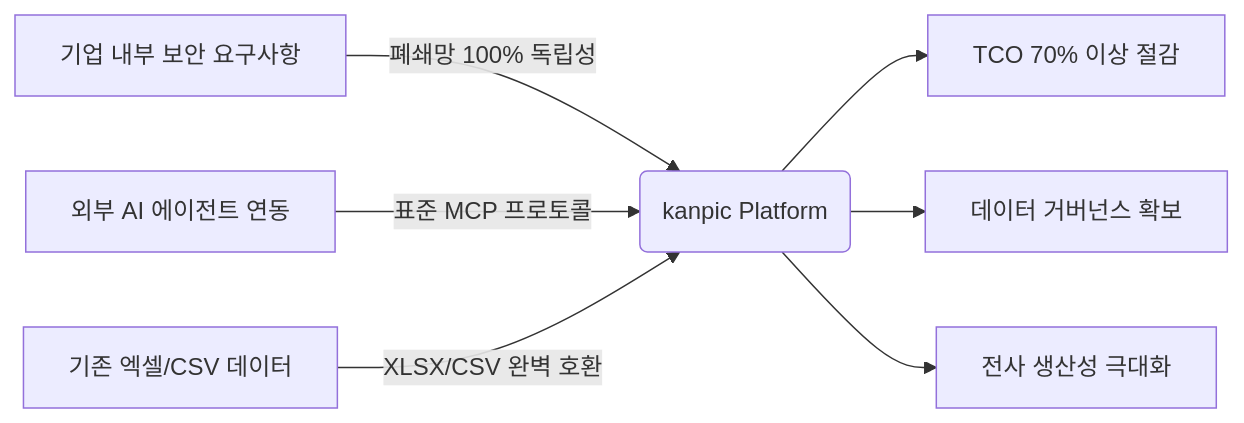
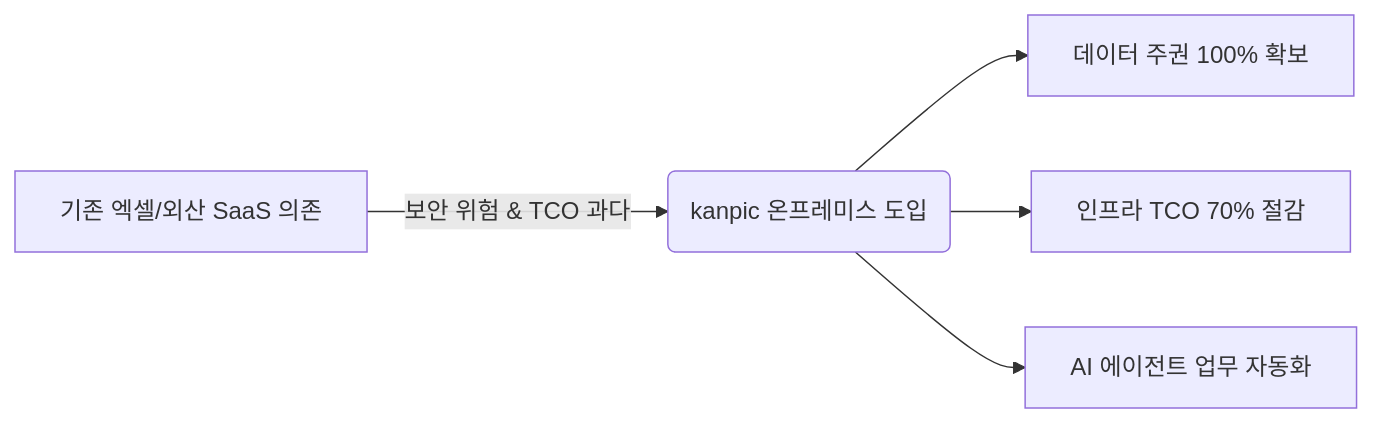
The first of 2 diagrams in docs/EXECUTIVE_REPORT.md (hkjang/kanpic), drawn with Mermaid before and after one commit. The commit also changed other lines of this file and 9 other files, not shown here.

````diff
--- a/docs/EXECUTIVE_REPORT.md
+++ b/docs/EXECUTIVE_REPORT.md
@@ -16,10 +14,7 @@
 ```mermaid
 graph LR
-    A[기업 내부 보안 요구사항] -->|폐쇄망 100% 독립성| B(kanpic Platform)
-    C[외부 AI 에이전트 연동] -->|표준 MCP 프로토콜| B
-    D[기존 엑셀/CSV 데이터] -->|XLSX/CSV 완벽 호환| B
-
-    B --> E[TCO 70% 이상 절감]
-    B --> F[데이터 거버넌스 확보]
-    B --> G[전사 생산성 극대화]
+    A[기존 엑셀/외산 SaaS 의존] -->|보안 위험 & TCO 과다| B(kanpic 온프레미스 도입)
+    B --> C[데이터 주권 100% 확보]
+    B --> D[인프라 TCO 70% 절감]
+    B --> E[AI 에이전트 업무 자동화]
 ```
````
